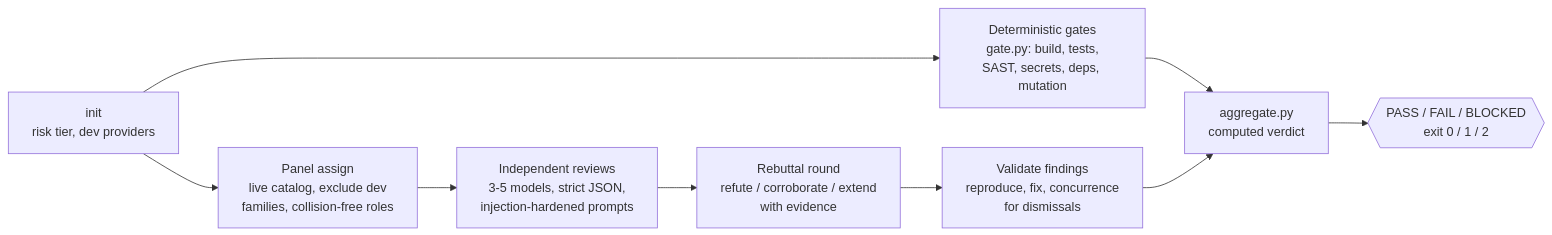
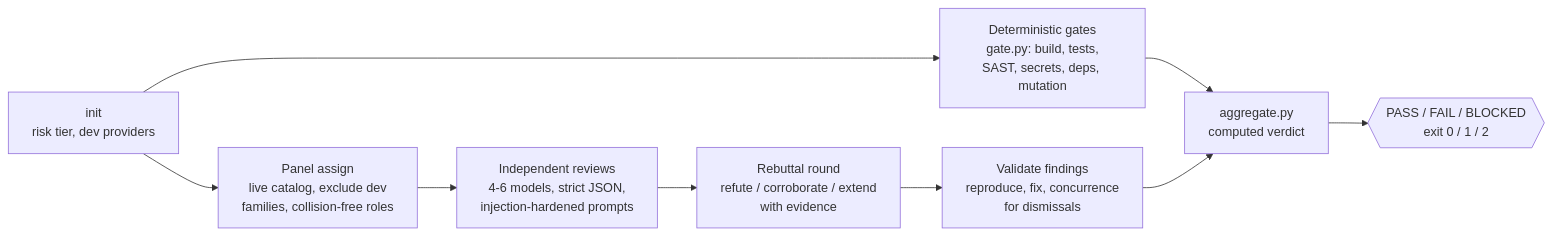
The first of 2 diagrams in README.md (SathiaAI/adversarial-review), drawn with Mermaid before and after one commit. The commit also changed other lines of this file and 8 other files, not shown here.

````diff
--- a/README.md
+++ b/README.md
@@ -48,11 +48,11 @@
 ```mermaid
 flowchart LR
     A[init\nrisk tier, dev providers] --> B[Deterministic gates\ngate.py: build, tests,\nSAST, secrets, deps, mutation]
     A --> C[Panel assign\nlive catalog, exclude dev\nfamilies, collision-free roles]
-    C --> D[Independent reviews\n3-5 models, strict JSON,\ninjection-hardened prompts]
+    C --> D[Independent reviews\n4-6 models, strict JSON,\ninjection-hardened prompts]
     D --> E[Rebuttal round\nrefute / corroborate / extend\nwith evidence]
     E --> F[Validate findings\nreproduce, fix, concurrence\nfor dismissals]
     B --> G[aggregate.py\ncomputed verdict]
     F --> G
     G --> H{{PASS / FAIL / BLOCKED\nexit 0 / 1 / 2}}
 ```
````
